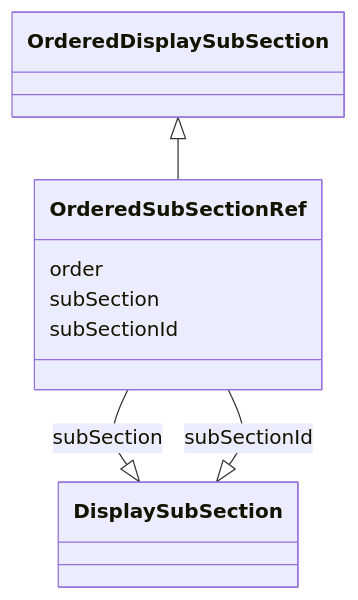
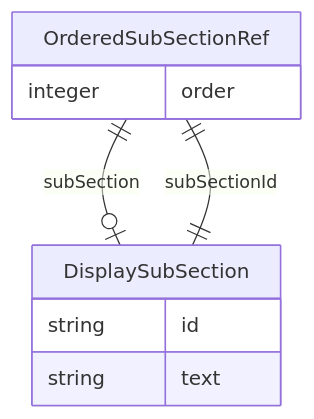
Before and after one commit to cdisc-org/analysis-results-standard: the diagram in project/docs/OrderedSubSectionRef.md, drawn with Mermaid. The commit also changed 131 other files, not shown here.

Commit message:
Add top-level diagram to documentation

````diff
--- a/project/docs/OrderedSubSectionRef.md
+++ b/project/docs/OrderedSubSectionRef.md
@@ -14,17 +13,14 @@
 ```mermaid
- classDiagram
-    class OrderedSubSectionRef
-      OrderedDisplaySubSection <|-- OrderedSubSectionRef
-      
-      OrderedSubSectionRef : order
-        
-      OrderedSubSectionRef : subSection
-        
-          OrderedSubSectionRef --|> DisplaySubSection : subSection
-        
-      OrderedSubSectionRef : subSectionId
-        
-          OrderedSubSectionRef --|> DisplaySubSection : subSectionId
-        
-      
+erDiagram
+OrderedSubSectionRef {
+    integer order  
+}
+DisplaySubSection {
+    string id  
+    string text  
+}
+
+OrderedSubSectionRef ||--|o DisplaySubSection : "subSection"
+OrderedSubSectionRef ||--|| DisplaySubSection : "subSectionId"
+
 ```
````
